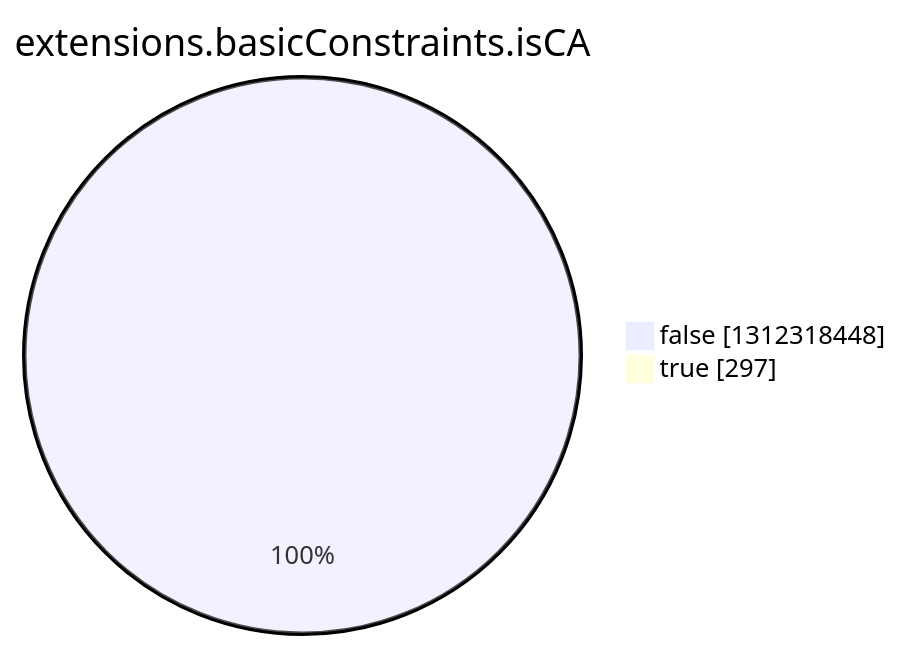
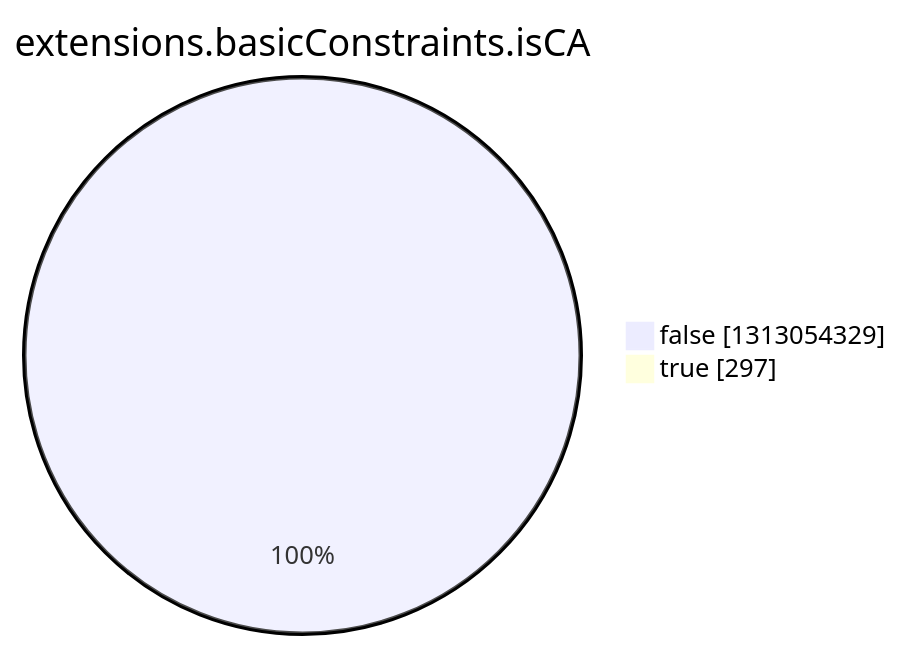
One commit to christiankrug/ctmonitor_visualization changed the eighth of 15 diagrams in argon2022/README.md. Above: the diagram before and after it, drawn with Mermaid. The commit also changed other lines of this file, not shown here.

````diff
--- a/argon2022/README.md
+++ b/argon2022/README.md
@@ -2758,6 +2758,6 @@
 ```mermaid
 pie showData
 title extensions.basicConstraints.isCA
-"false" :1312318448
+"false" :1313054329
 "true" :297
 ```
````
